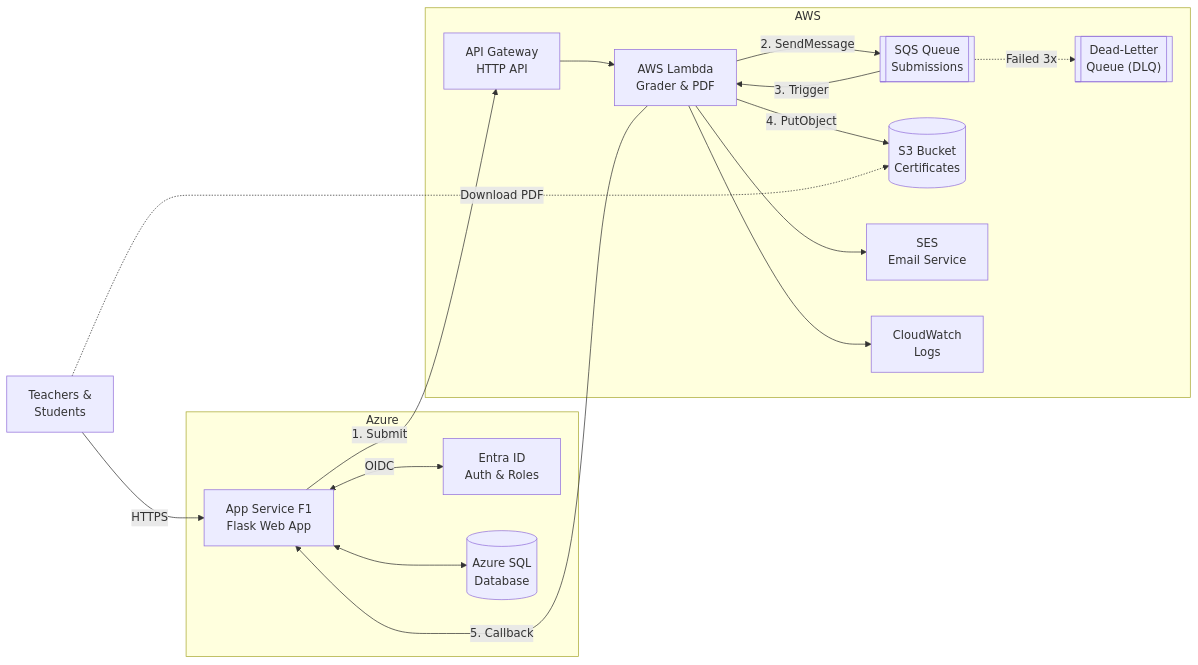
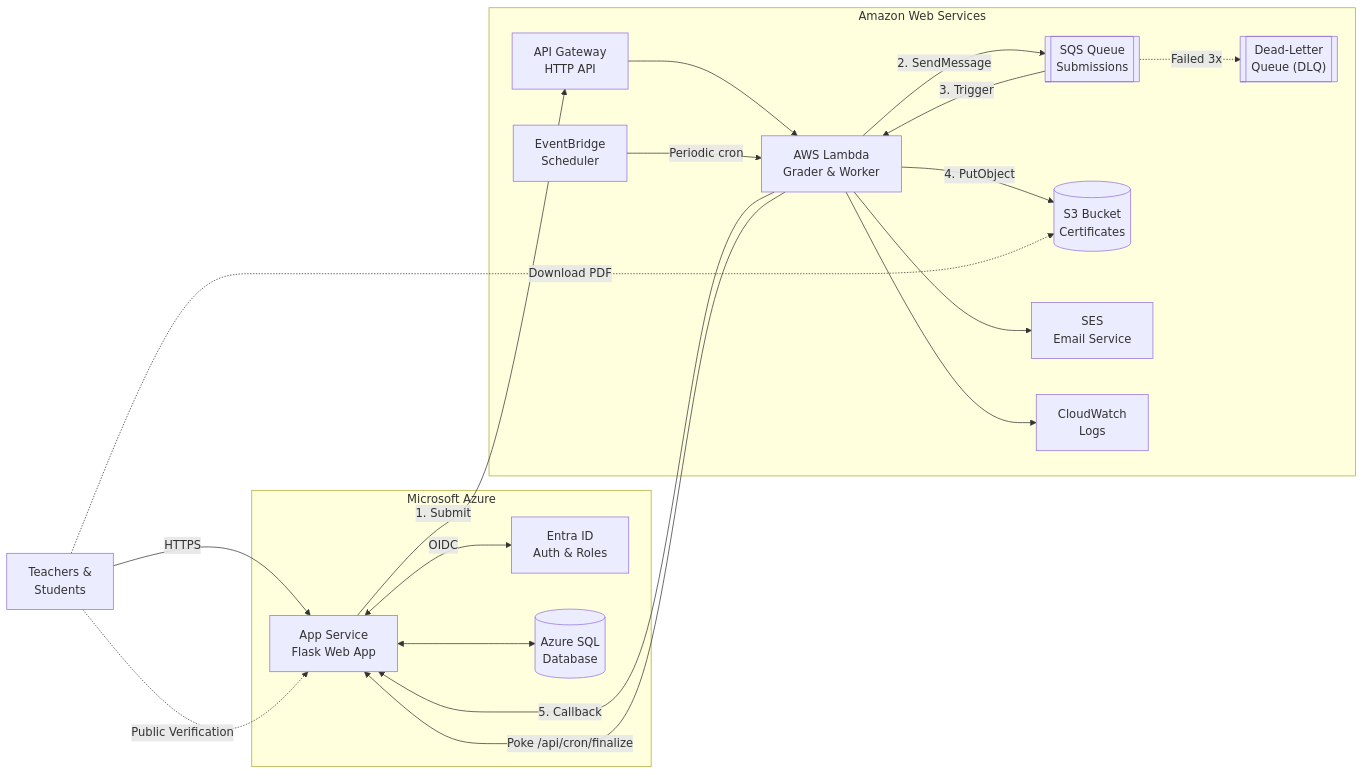
Before and after one commit to Phong02032006/project_cloud: the diagram in README.md, drawn with Mermaid. The commit also changed other lines of this file, not shown here.

Commit message:
Update README with 10-cloud services architecture, wiring guide, and latest features

````diff
--- a/README.md
+++ b/README.md
@@ -13,33 +13,37 @@
 ```mermaid
 flowchart LR
   U["Teachers &<br/>Students"] -->|HTTPS| WEB
 
-  subgraph Azure["Azure"]
+  subgraph Azure["Microsoft Azure"]
     ENTRA["Entra ID<br/>Auth & Roles"]
-    WEB["App Service F1<br/>Flask Web App"]
+    WEB["App Service<br/>Flask Web App"]
     SQL[("Azure SQL<br/>Database")]
   end
 
-  subgraph AWS["AWS"]
+  subgraph AWS["Amazon Web Services"]
     APIGW["API Gateway<br/>HTTP API"]
-    L["AWS Lambda<br/>Grader & PDF"]
+    L["AWS Lambda<br/>Grader & Worker"]
     Q[["SQS Queue<br/>Submissions"]]
     DLQ[["Dead-Letter<br/>Queue (DLQ)"]]
     S3[("S3 Bucket<br/>Certificates")]
     SES["SES<br/>Email Service"]
     CW["CloudWatch<br/>Logs"]
+    EB["EventBridge<br/>Scheduler"]
   end
 
   WEB <-->|OIDC| ENTRA
   WEB <--> SQL
   WEB -->|1. Submit| APIGW
   APIGW --> L
   L -->|2. SendMessage| Q
   Q -->|3. Trigger| L
   Q -.->|Failed 3x| DLQ
   L -->|4. PutObject| S3
   L -->|5. Callback| WEB
   L --> SES
   L --> CW
+  EB -->|Periodic cron| L
+  L -->|Poke /api/cron/finalize| WEB
   U -.->|Download PDF| S3
+  U -.->|Public Verification| WEB
 ```
````
